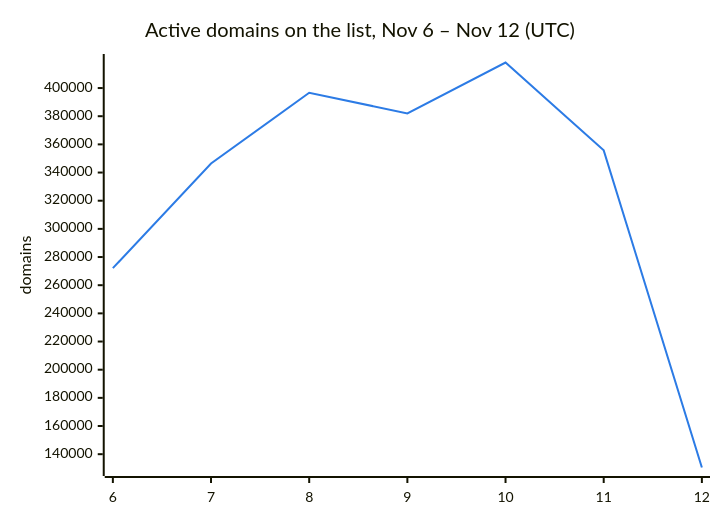
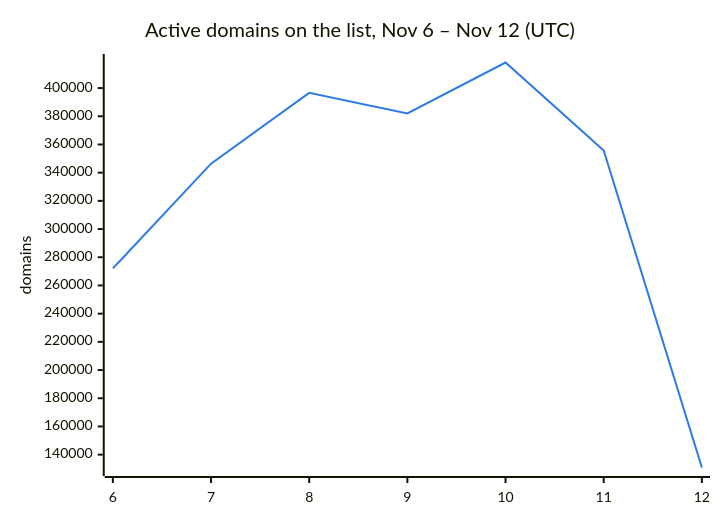
Before and after one commit to DNSBunker/CTI: the second of 3 diagrams in README.md, drawn with Mermaid. The commit also changed other lines of this file and 3 other files, not shown here.

````diff
--- a/README.md
+++ b/README.md
@@ -38,8 +38,8 @@
 ```mermaid
 %%{init: {"themeVariables": {"xyChart": {"plotColorPalette": "#2c7be5"}}}}%%
 xychart-beta
     title "Active domains on the list, Nov 6 – Nov 12 (UTC)"
     x-axis ["6", "7", "8", "9", "10", "11", "12"]
     y-axis "domains"
-    line [272088, 346388, 396638, 382009, 418143, 355765, 130549]
+    line [272088, 346388, 396638, 382009, 418143, 355765, 130878]
 ```
````
